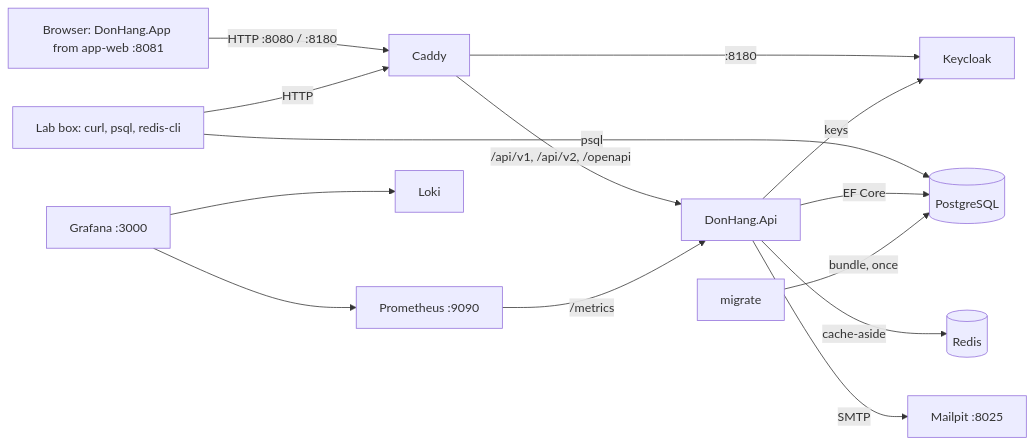
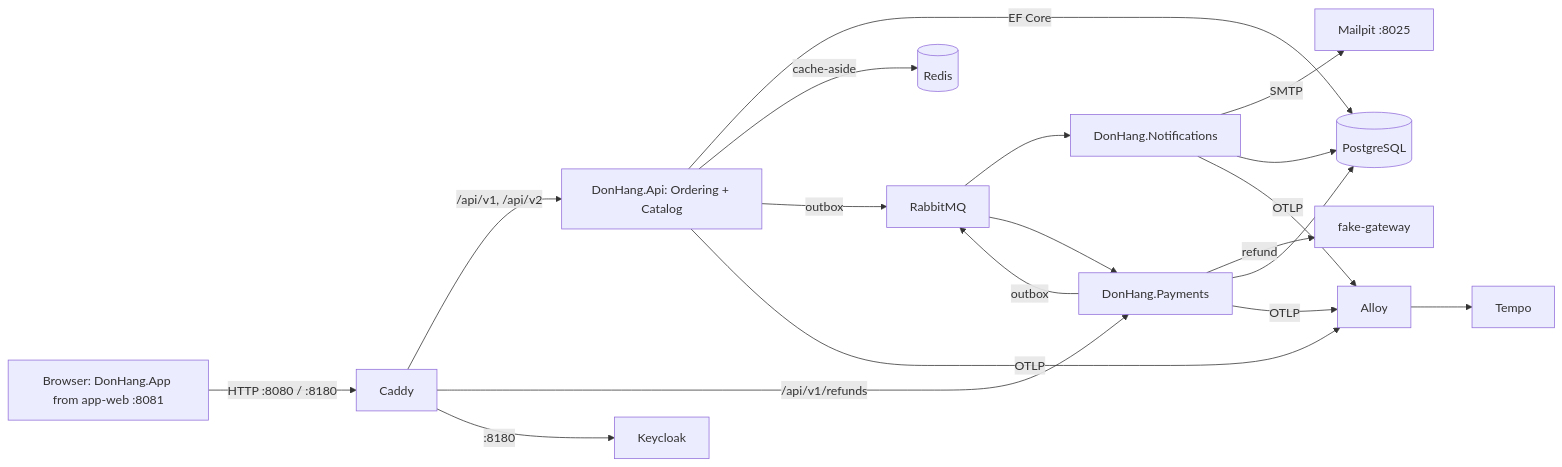
One commit to duyan11110/don-hang changed the diagram in STAGE.md. Above: the diagram before and after it, drawn with Mermaid. The commit also changed other lines of this file and 1 other file, not shown here.

````diff
--- a/STAGE.md
+++ b/STAGE.md
@@ -57,16 +141,18 @@
 ```mermaid
 flowchart LR
   B[Browser: DonHang.App from app-web :8081] -->|HTTP :8080 / :8180| C[Caddy]
-  L[Lab box: curl, psql, redis-cli] -->|HTTP| C
-  L -->|psql| P
-  C -->|/api/v1, /api/v2, /openapi| API[DonHang.Api]
+  C -->|/api/v1, /api/v2| API[DonHang.Api: Ordering + Catalog]
+  C -->|/api/v1/refunds| PAY[DonHang.Payments]
   C -->|:8180| K[Keycloak]
-  API -->|keys| K
   API -->|EF Core| P[(PostgreSQL)]
-  M[migrate] -->|bundle, once| P
   API -->|cache-aside| R[(Redis)]
-  API -->|SMTP| MP[Mailpit :8025]
-  PR[Prometheus :9090] -->|/metrics| API
-  G[Grafana :3000] --> PR
-  G --> LK[Loki]
+  API -->|outbox| MQ[RabbitMQ]
+  MQ --> N[DonHang.Notifications]
+  MQ --> PAY
+  PAY -->|outbox| MQ
+  PAY -->|refund| GW[fake-gateway]
+  N -->|SMTP| MP[Mailpit :8025]
+  N --> P
+  PAY --> P
+  API & N & PAY -->|OTLP| A[Alloy] --> T[Tempo]
 ```
````
